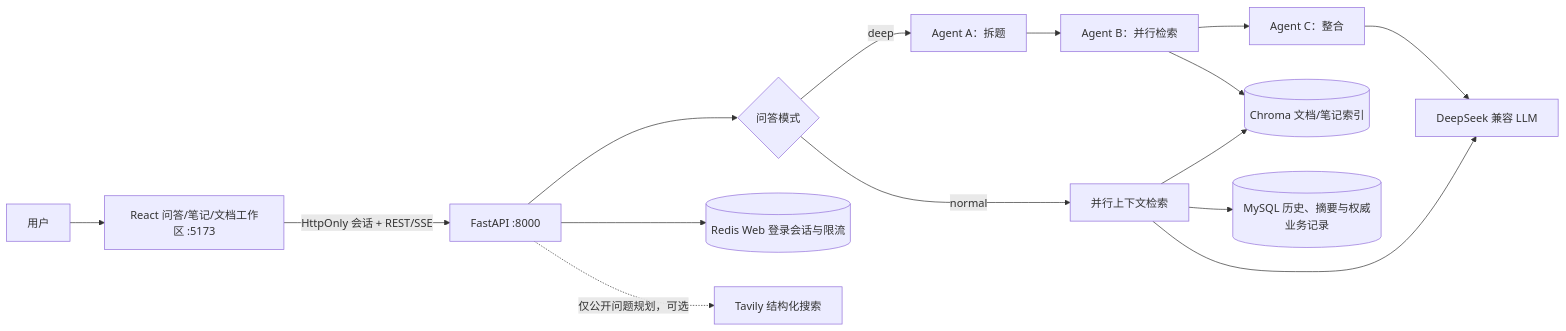
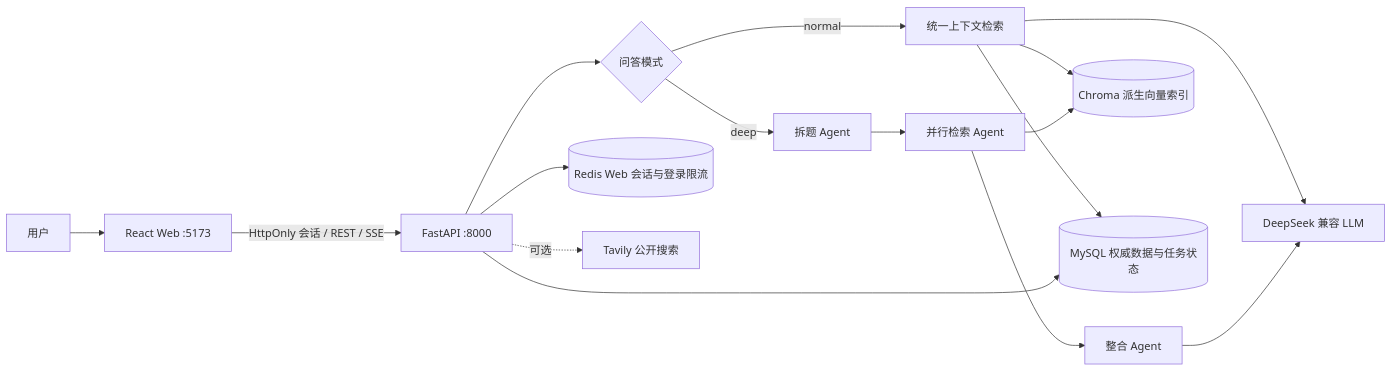
One commit to louwangss/ai-knowledge-qa changed the diagram in README.md. Above: the diagram before and after it, drawn with Mermaid. The commit also changed other lines of this file, not shown here.

````diff
--- a/README.md
+++ b/README.md
@@ -18,19 +20,20 @@
 ```mermaid
 flowchart LR
-    U["用户"] --> W["React 问答/笔记/文档工作区 :5173"]
-    W -->|"HttpOnly 会话 + REST/SSE"| A["FastAPI :8000"]
+    U["用户"] --> W["React Web :5173"]
+    W -->|"HttpOnly 会话 / REST / SSE"| A["FastAPI :8000"]
 
     A --> M{"问答模式"}
-    M -->|"normal"| R["并行上下文检索"]
-    M -->|"deep"| D["Agent A：拆题"]
-    D --> E["Agent B：并行检索"]
-    E --> S["Agent C：整合"]
+    M -->|"normal"| R["统一上下文检索"]
+    M -->|"deep"| D["拆题 Agent"]
+    D --> P["并行检索 Agent"]
+    P --> S["整合 Agent"]
 
-    R --> C[("Chroma 文档/笔记索引")]
-    E --> C
-    R --> MY[("MySQL 历史、摘要与权威业务记录")]
-    A --> RE[("Redis Web 登录会话与限流")]
+    R --> V[("Chroma 派生向量索引")]
+    P --> V
+    R --> DB[("MySQL 权威数据与任务状态")]
+    A --> DB
+    A --> RD[("Redis Web 会话与登录限流")]
     R --> L["DeepSeek 兼容 LLM"]
     S --> L
-    A -. "仅公开问题规划，可选" .-> T["Tavily 结构化搜索"]
+    A -. "可选" .-> T["Tavily 公开搜索"]
 ```
````
